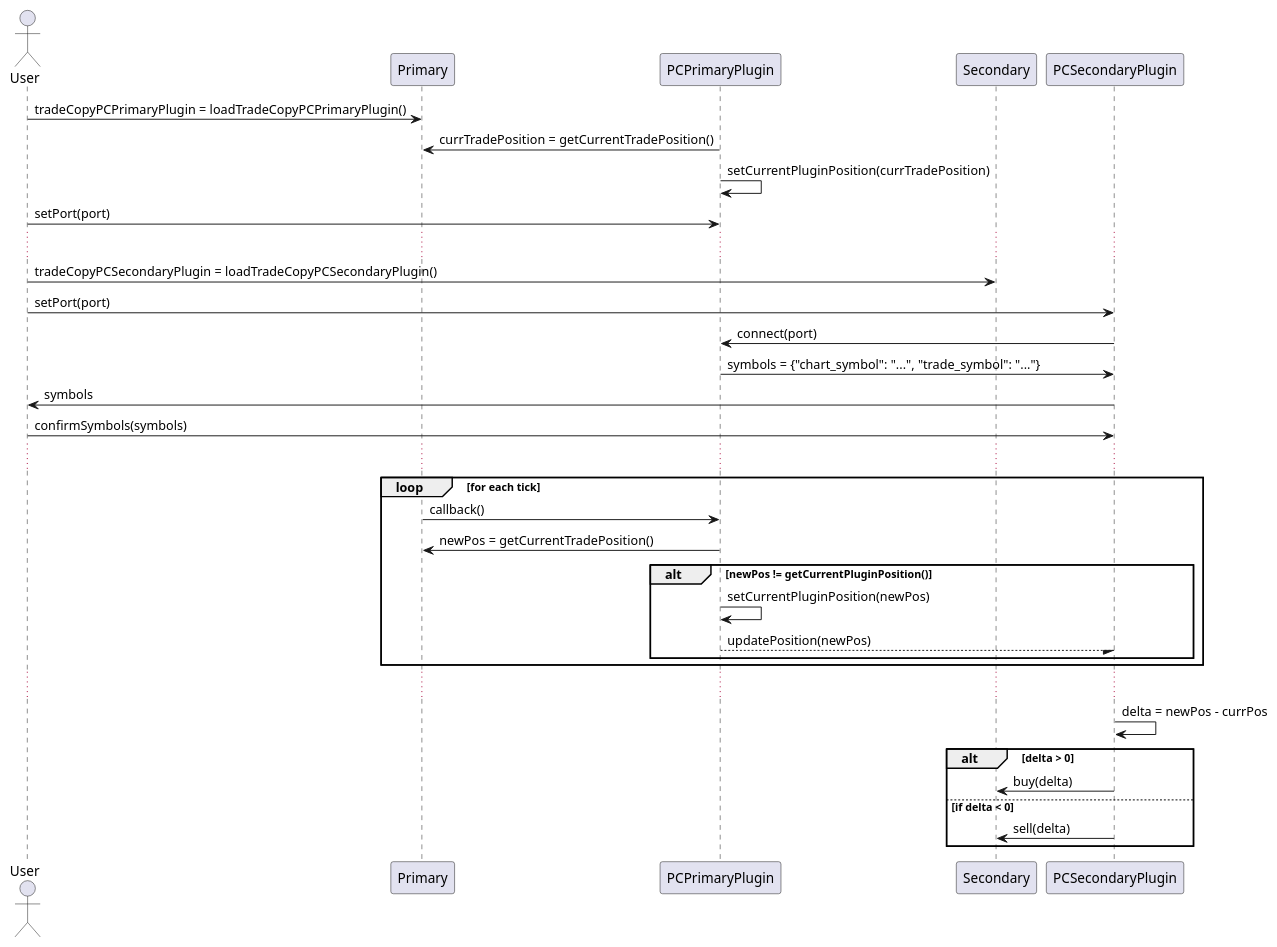
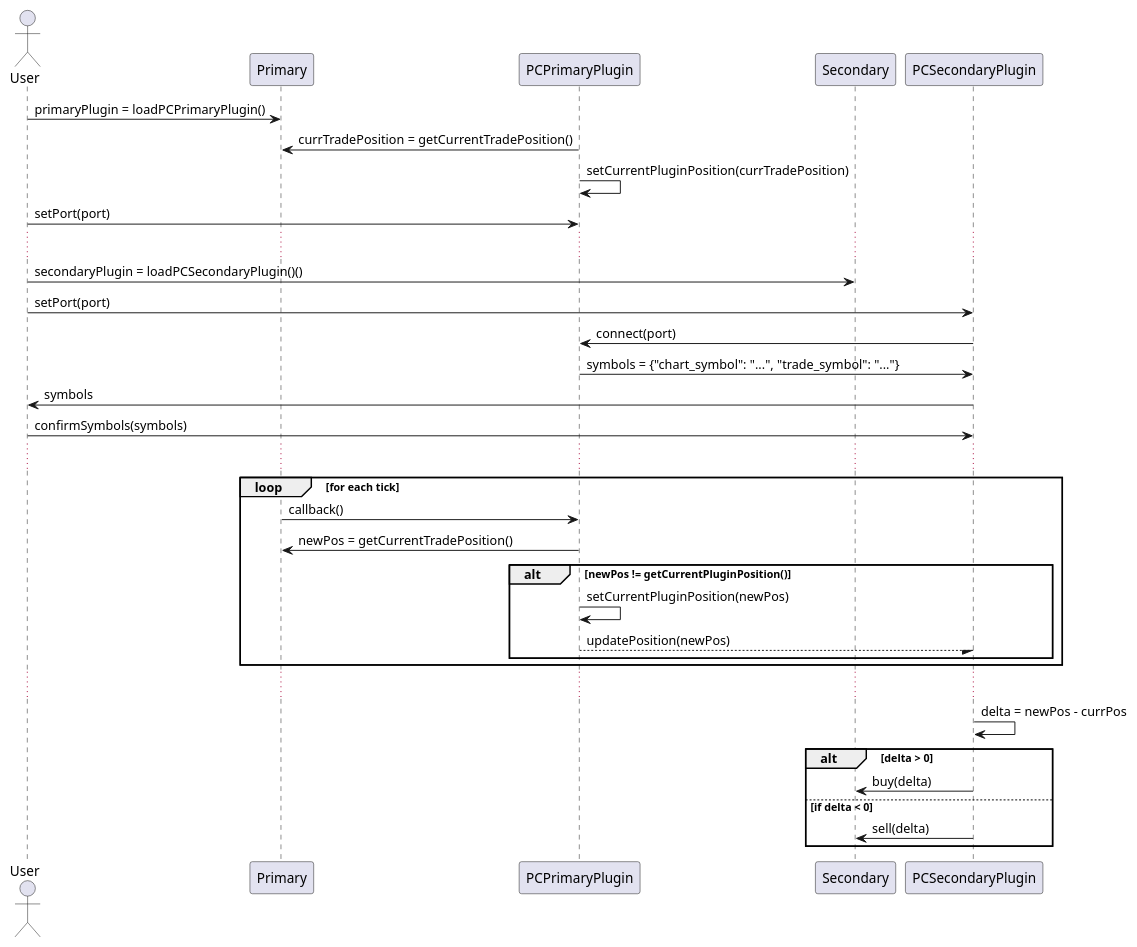
Before and after one commit to sohailsomani/sc_position_copy: the first of 2 diagrams in dev/design.org, drawn with PlantUML. The commit also changed 2 other files, not shown here.

Commit message:
Flesh out skeleton a bit more

```diff
--- a/dev/design.org
+++ b/dev/design.org
@@ -3,38 +3,38 @@
 #+begin_src plantuml :file sequence.png
   @startuml
 
   actor User
   participant Primary
   participant PCPrimaryPlugin
   participant Secondary
   participant PCSecondaryPlugin
 
-  User -> Primary: tradeCopyPCPrimaryPlugin = loadTradeCopyPCPrimaryPlugin()
+  User -> Primary: primaryPlugin = loadPCPrimaryPlugin()
   PCPrimaryPlugin -> Primary: currTradePosition = getCurrentTradePosition()
   PCPrimaryPlugin -> PCPrimaryPlugin: setCurrentPluginPosition(currTradePosition)
   User -> PCPrimaryPlugin: setPort(port)
   ...
-  User -> Secondary: tradeCopyPCSecondaryPlugin = loadTradeCopyPCSecondaryPlugin()
+  User -> Secondary: secondaryPlugin = loadPCSecondaryPlugin()()
   User -> PCSecondaryPlugin: setPort(port)
   PCSecondaryPlugin -> PCPrimaryPlugin: connect(port)
   PCPrimaryPlugin -> PCSecondaryPlugin: symbols = {"chart_symbol": "...", "trade_symbol": "..."}
   PCSecondaryPlugin -> User: symbols
   User -> PCSecondaryPlugin: confirmSymbols(symbols)
   ...
   loop for each tick
   Primary -> PCPrimaryPlugin: callback()
   PCPrimaryPlugin -> Primary: newPos = getCurrentTradePosition()
   alt newPos != getCurrentPluginPosition()
     PCPrimaryPlugin -> PCPrimaryPlugin: setCurrentPluginPosition(newPos)
     PCPrimaryPlugin --/ PCSecondaryPlugin: updatePosition(newPos)
   end
   end
   ...
   PCSecondaryPlugin -> PCSecondaryPlugin: delta = newPos - currPos
   alt delta > 0
     PCSecondaryPlugin -> Secondary: buy(delta)
   else if delta < 0
     PCSecondaryPlugin -> Secondary: sell(delta)
   end
   @enduml
 #+end_src
```
